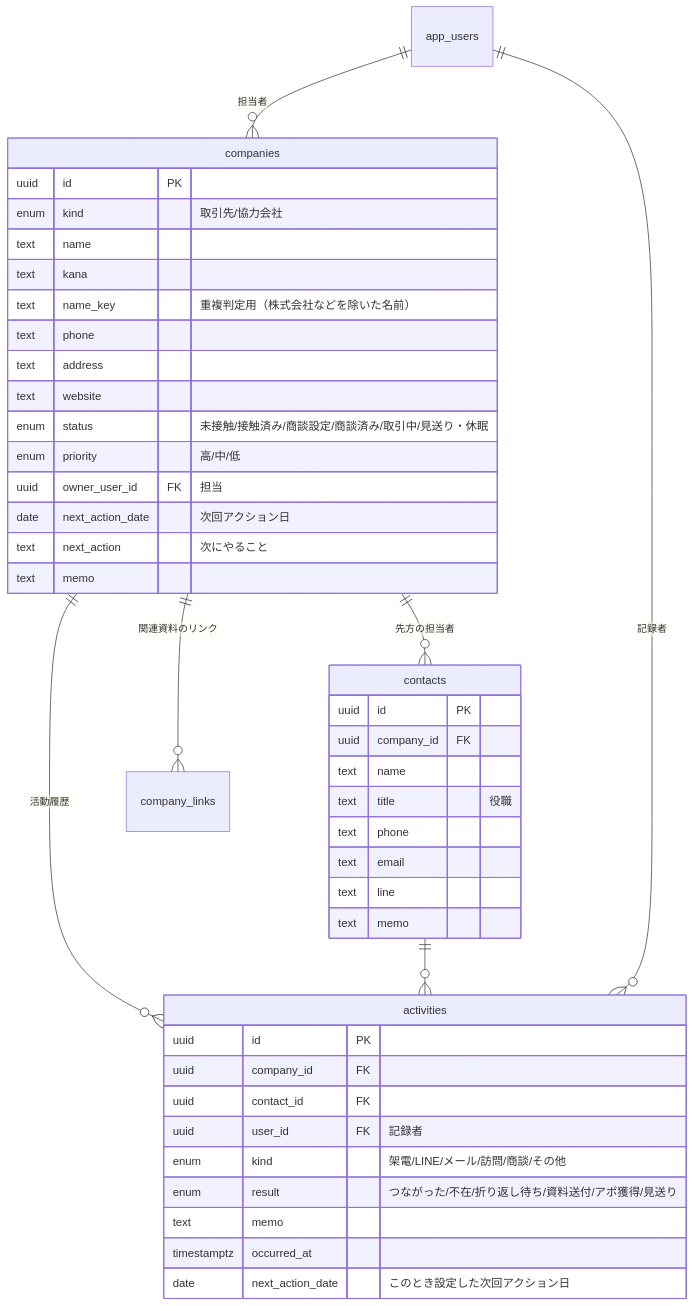
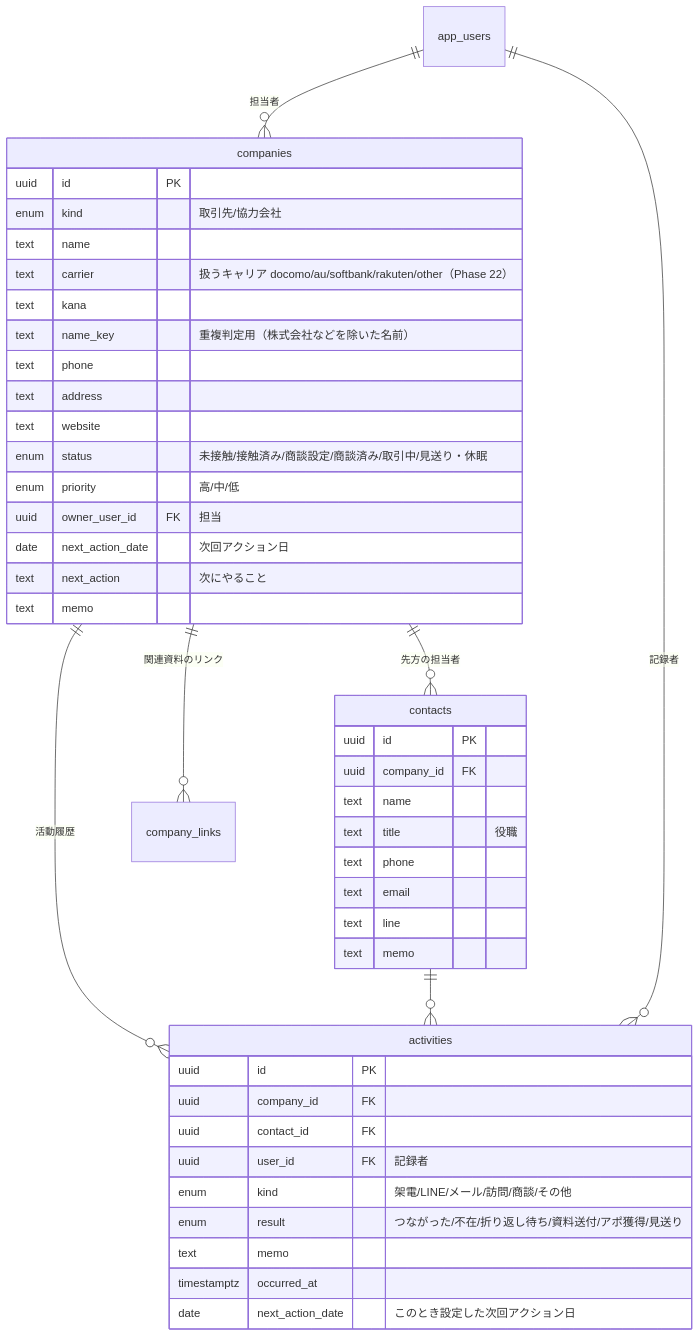
The third of 4 diagrams in docs/design/database.md (Beekon963/nicolyCRM), drawn with Mermaid before and after one commit. The commit also changed other lines of this file and 23 other files, not shown here.

````diff
--- a/docs/design/database.md
+++ b/docs/design/database.md
@@ -207,47 +208,48 @@
 ```mermaid
 erDiagram
   app_users ||--o{ companies : "担当者"
   companies ||--o{ contacts : "先方の担当者"
   companies ||--o{ activities : "活動履歴"
   contacts ||--o{ activities : ""
   app_users ||--o{ activities : "記録者"
   companies ||--o{ company_links : "関連資料のリンク"
 
   companies {
     uuid id PK
     enum kind "取引先/協力会社"
     text name
+    text carrier "扱うキャリア docomo/au/softbank/rakuten/other（Phase 22）"
     text kana
     text name_key "重複判定用（株式会社などを除いた名前）"
     text phone
     text address
     text website
     enum status "未接触/接触済み/商談設定/商談済み/取引中/見送り・休眠"
     enum priority "高/中/低"
     uuid owner_user_id FK "担当"
     date next_action_date "次回アクション日"
     text next_action "次にやること"
     text memo
   }
   contacts {
     uuid id PK
     uuid company_id FK
     text name
     text title "役職"
     text phone
     text email
     text line
     text memo
   }
   activities {
     uuid id PK
     uuid company_id FK
     uuid contact_id FK
     uuid user_id FK "記録者"
     enum kind "架電/LINE/メール/訪問/商談/その他"
     enum result "つながった/不在/折り返し待ち/資料送付/アポ獲得/見送り"
     text memo
     timestamptz occurred_at
     date next_action_date "このとき設定した次回アクション日"
   }
 ```
````
